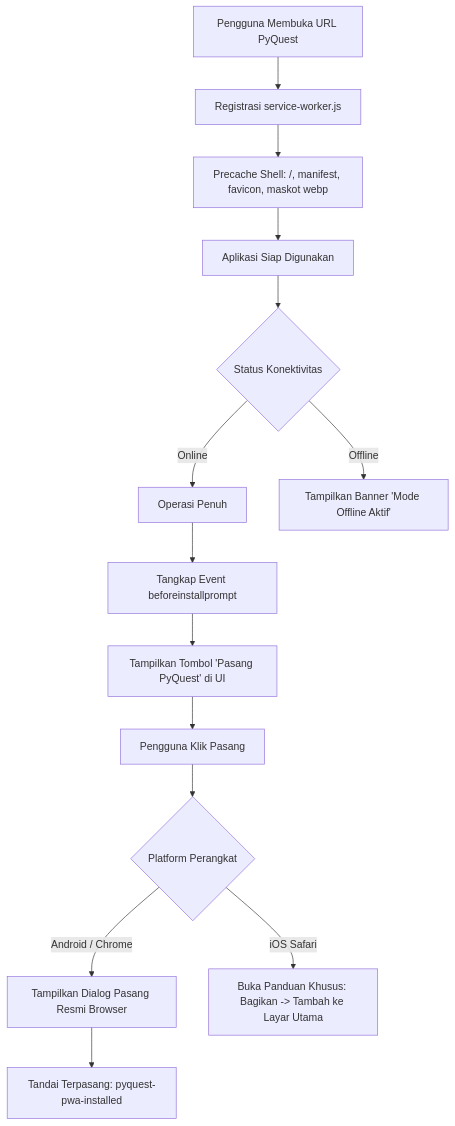
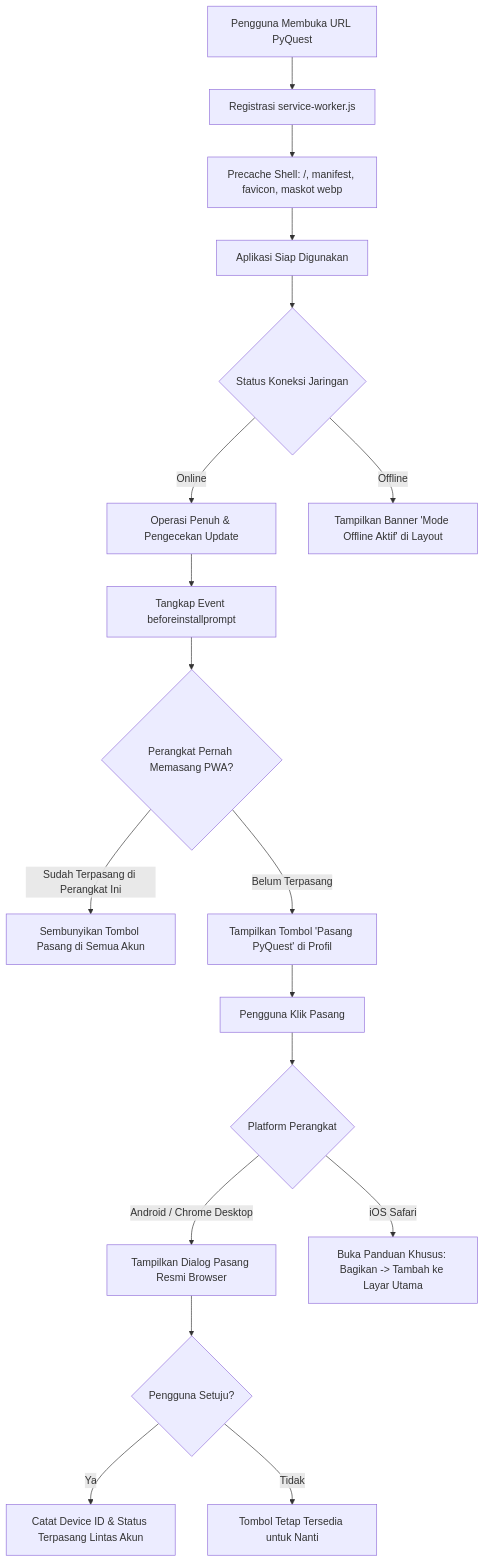
One commit to usamah-io/pyquest changed the eighth of 9 diagrams in docs/APPLICATION_FLOWS.md. Above: the diagram before and after it, drawn with Mermaid. The commit also changed other lines of this file and 4 other files, not shown here.

````diff
--- a/docs/APPLICATION_FLOWS.md
+++ b/docs/APPLICATION_FLOWS.md
@@ -345,18 +473,25 @@
 ```mermaid
 flowchart TD
     AppLaunch[Pengguna Membuka URL PyQuest] --> SWReg[Registrasi service-worker.js]
     SWReg --> Precache[Precache Shell: /, manifest, favicon, maskot webp]
     Precache --> AppReady[Aplikasi Siap Digunakan]
 
-    AppReady --> NetworkCheck{Status Konektivitas}
-    NetworkCheck -->|Online| NormalOp[Operasi Penuh]
-    NetworkCheck -->|Offline| OfflineBanner[Tampilkan Banner 'Mode Offline Aktif']
+    AppReady --> NetworkCheck{Status Koneksi Jaringan}
+    NetworkCheck -->|Online| NormalOp[Operasi Penuh & Pengecekan Update]
+    NetworkCheck -->|Offline| OfflineBanner[Tampilkan Banner 'Mode Offline Aktif' di Layout]
 
     NormalOp --> PromptHook[Tangkap Event beforeinstallprompt]
-    PromptHook --> ShowInstallBtn[Tampilkan Tombol 'Pasang PyQuest' di UI]
-    ShowInstallBtn --> UserInstall[Pengguna Klik Pasang]
-    UserInstall --> CheckPlatform{Platform Perangkat}
-    CheckPlatform -->|Android / Chrome| NativePrompt[Tampilkan Dialog Pasang Resmi Browser]
+    PromptHook --> CheckDeviceInstalled{Perangkat Pernah Memasang PWA?}
+    
+    CheckDeviceInstalled -->|Sudah Terpasang di Perangkat Ini| HideInstallBtn[Sembunyikan Tombol Pasang di Semua Akun]
+    CheckDeviceInstalled -->|Belum Terpasang| ShowInstallBtn[Tampilkan Tombol 'Pasang PyQuest' di Profil]
+
+    ShowInstallBtn --> UserClicksInstall[Pengguna Klik Pasang]
+    UserClicksInstall --> CheckPlatform{Platform Perangkat}
+    CheckPlatform -->|Android / Chrome Desktop| NativePrompt[Tampilkan Dialog Pasang Resmi Browser]
     CheckPlatform -->|iOS Safari| IOSModal[Buka Panduan Khusus: Bagikan -> Tambah ke Layar Utama]
-    NativePrompt --> Installed[Tandai Terpasang: pyquest-pwa-installed]
+
+    NativePrompt --> InstallSuccess{Pengguna Setuju?}
+    InstallSuccess -->|Ya| MarkDeviceInstalled[Catat Device ID & Status Terpasang Lintas Akun]
+    InstallSuccess -->|Tidak| KeepBtnVisible[Tombol Tetap Tersedia untuk Nanti]
 ```
````
